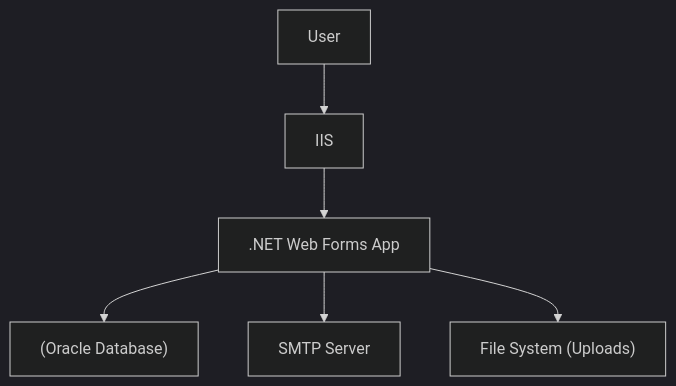
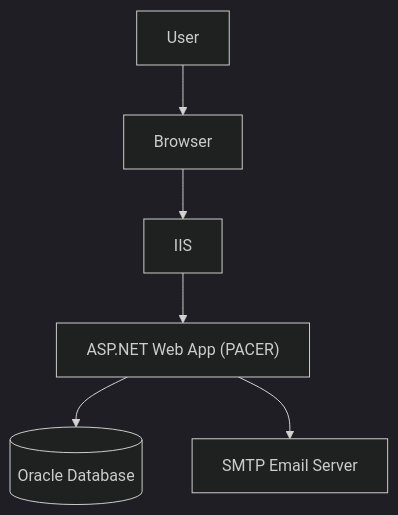
One commit to saniyakapur39/.NET_code_analyzer changed the second of 2 diagrams in Architecture.md. Above: the diagram before and after it, drawn with Mermaid (dark theme). The commit also changed other lines of this file, not shown here.

````diff
--- a/Architecture.md
+++ b/Architecture.md
@@ -122,9 +108,9 @@
-```mermaid
-%% Deployment diagram
-graph TD
-    User --> IIS
-    IIS --> PACER_App[.NET Web Forms App]
-    PACER_App --> OracleDB["(Oracle Database)"]
-    PACER_App --> SMTP[SMTP Server]
-    PACER_App --> FileSys["File System (Uploads)"]
-```
+  ```mermaid
+  %% Deployment diagram
+    graph TD
+    User --> Browser
+    Browser --> IIS
+    IIS --> App["ASP.NET Web App (PACER)"]
+    App --> OracleDB[(Oracle Database)]
+    App --> SMTP[SMTP Email Server]
+  ```
````
